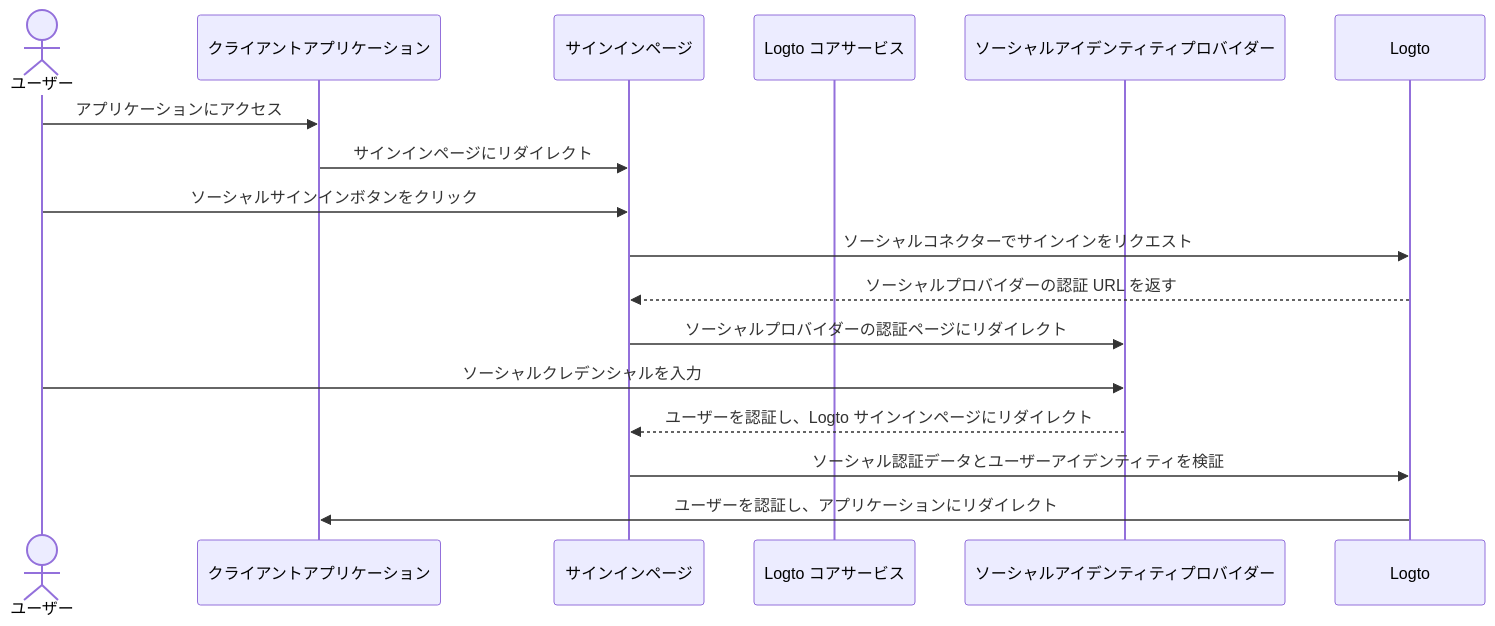
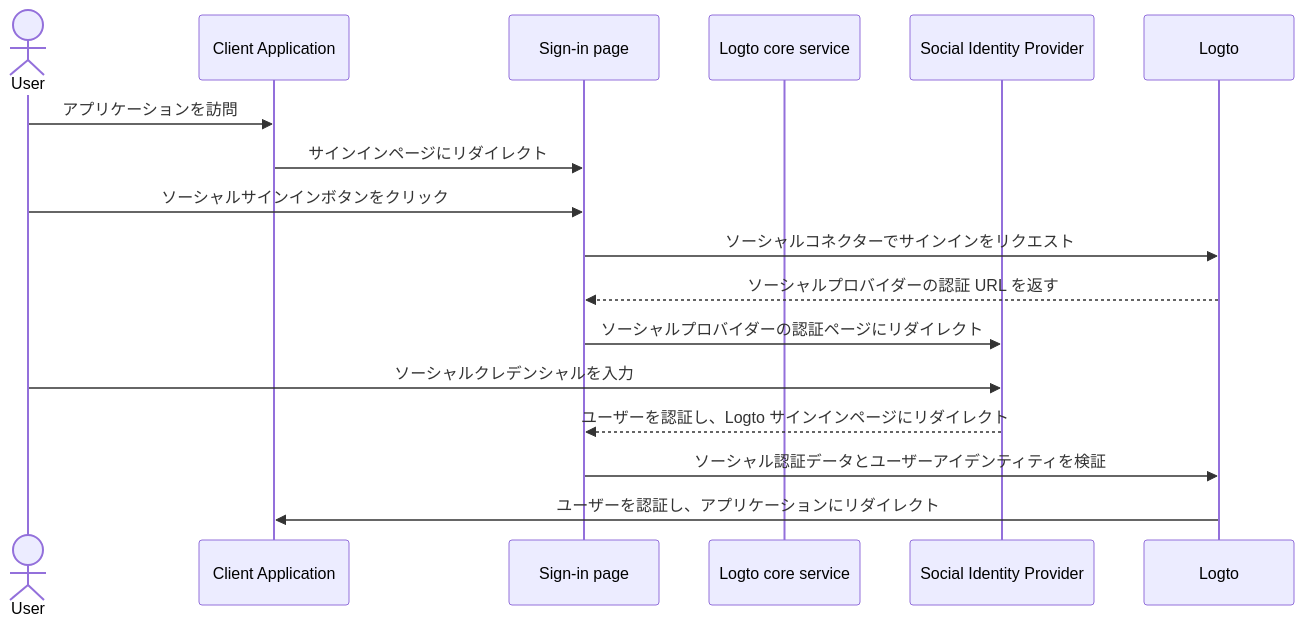
The first of 6 diagrams in i18n/ja/docusaurus-plugin-content-docs/current/end-user-flows/sign-up-and-sign-in/social-sign-in.mdx (logto-io/docs), drawn with Mermaid before and after one commit. The commit also changed other lines of this file and 407 other files, not shown here.

````diff
--- a/i18n/ja/docusaurus-plugin-content-docs/current/end-user-flows/sign-up-and-sign-in/social-sign-in.mdx
+++ b/i18n/ja/docusaurus-plugin-content-docs/current/end-user-flows/sign-up-and-sign-in/social-sign-in.mdx
@@ -43,19 +36,19 @@
 ```mermaid
 sequenceDiagram
-    actor user as ユーザー
-    participant app as クライアントアプリケーション
-    participant experience as サインインページ
-    participant logto as Logto コアサービス
-    participant social as ソーシャルアイデンティティプロバイダー
+    actor user as User
+    participant app as Client Application
+    participant experience as Sign-in page
+    participant logto as Logto core service
+    participant social as Social Identity Provider
 
-    user->>app: アプリケーションにアクセス
+    user->>app: アプリケーションを訪問
     app->>experience: サインインページにリダイレクト
     user->>experience: ソーシャルサインインボタンをクリック
     experience->>Logto: ソーシャルコネクターでサインインをリクエスト
     Logto-->>experience: ソーシャルプロバイダーの認証 URL を返す
     experience->>social: ソーシャルプロバイダーの認証ページにリダイレクト
     user->>social: ソーシャルクレデンシャルを入力
     social-->>experience: ユーザーを認証し、Logto サインインページにリダイレクト
     experience->>Logto: ソーシャル認証データとユーザーアイデンティティを検証
     Logto->>app: ユーザーを認証し、アプリケーションにリダイレクト
 ```
````
